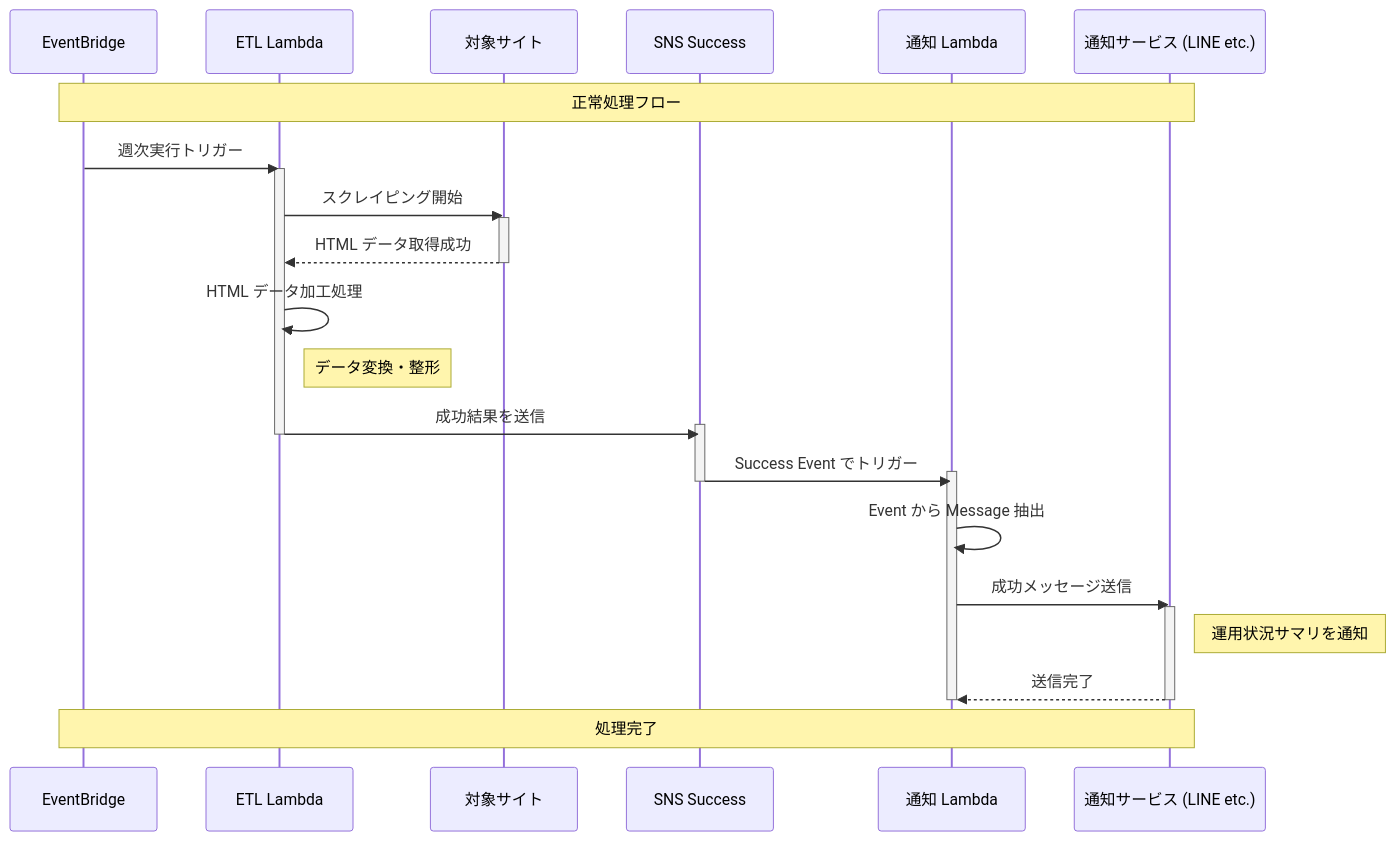
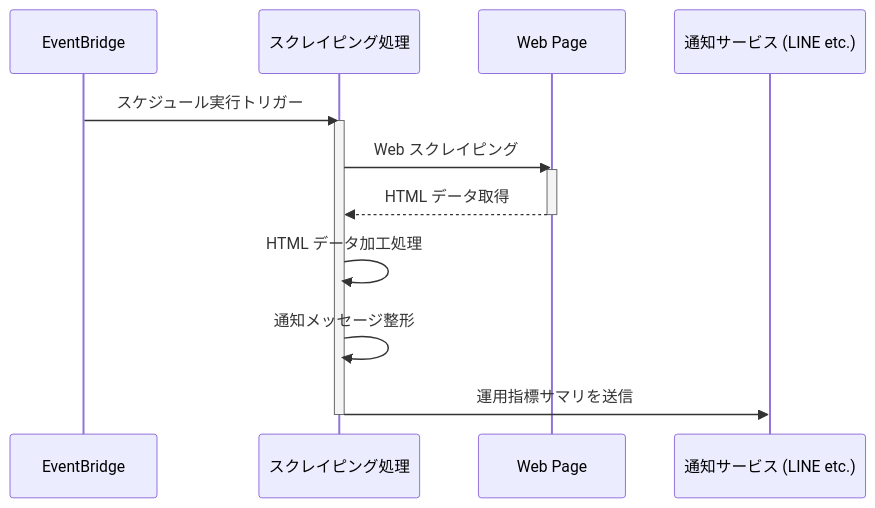
One commit to kamaD-y/dcp-ops-monitor changed the first of 2 diagrams in README.md. Above: the diagram before and after it, drawn with Mermaid. The commit also changed other lines of this file, not shown here.

Commit message:
docs: シーケンス図刷新

````diff
--- a/README.md
+++ b/README.md
@@ -28,41 +28,21 @@
 ```mermaid
 sequenceDiagram
     participant Scheduler as EventBridge
-    participant ETL as ETL Lambda
-    participant Web as 対象サイト
-    participant SNS_S as SNS Success
-    participant Notify as 通知 Lambda
+    participant Scraping as スクレイピング処理
+    participant Web as Web Page
     participant Notifications as 通知サービス (LINE etc.)
-
-    Note over Scheduler, Notifications: 正常処理フロー
+   
+    Scheduler->>Scraping: スケジュール実行トリガー
+    activate Scraping
     
-    Scheduler->>ETL: 週次実行トリガー
-    activate ETL
-    
-    ETL->>Web: スクレイピング開始
+    Scraping->>Web: Web スクレイピング
     activate Web
-    Web-->>ETL: HTML データ取得成功
+    Web-->>Scraping: HTML データ取得
     deactivate Web
     
-    ETL->>ETL: HTML データ加工処理
-    Note right of ETL: データ変換・整形
+    Scraping->>Scraping: HTML データ加工処理
+    Scraping->>Scraping: 通知メッセージ整形
     
-    ETL->>SNS_S: 成功結果を送信
-    activate SNS_S
-    deactivate ETL
-    
-    SNS_S->>Notify: Success Event でトリガー
-    activate Notify
-    deactivate SNS_S
-    
-    Notify->>Notify: Event から Message 抽出
-    
-    Notify->>Notifications: 成功メッセージ送信
-    activate Notifications
-    Note right of Notifications: 運用状況サマリを通知
-    Notifications-->>Notify: 送信完了
-    deactivate Notifications
-    deactivate Notify
-    
-    Note over Scheduler, Notifications: 処理完了
+    Scraping->>Notifications: 運用指標サマリを送信
+    deactivate Scraping
 ```
````
